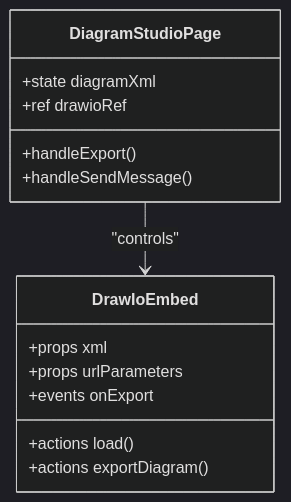
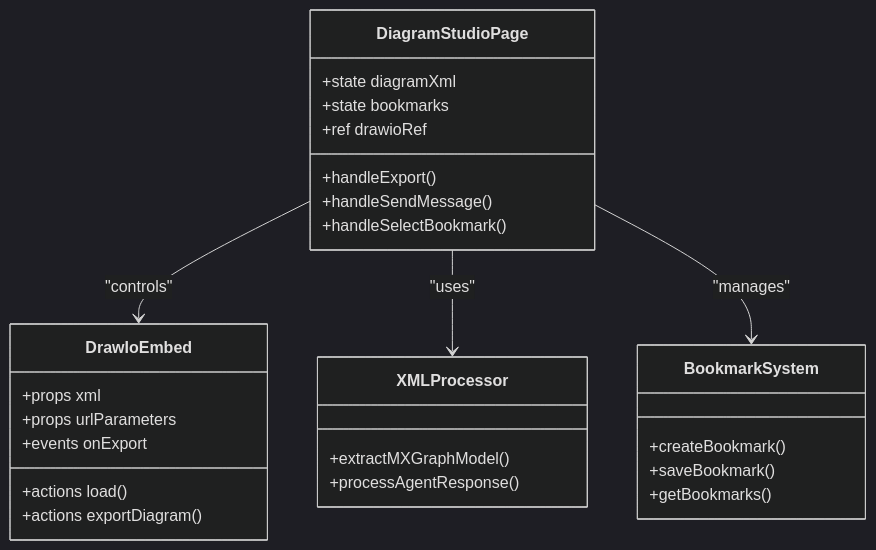
Before and after one commit to shrekboss/agent-draw-io-front: the tenth of 15 diagrams in .qoder/repowiki/en/content/Diagram Editor.md, drawn with Mermaid (dark theme). The commit also changed other lines of this file and 13 other files, not shown here.

Commit message:
feat(agent-draw-io-front): 优化交互式画图

````diff
--- a/.qoder/repowiki/en/content/Diagram Editor.md
+++ b/.qoder/repowiki/en/content/Diagram Editor.md
@@ -240,17 +506,30 @@
 ```mermaid
 classDiagram
 class DiagramStudioPage {
 +state diagramXml
++state bookmarks
 +ref drawioRef
 +handleExport()
 +handleSendMessage()
++handleSelectBookmark()
 }
 class DrawIoEmbed {
 +props xml
 +props urlParameters
 +events onExport
 +actions load()
 +actions exportDiagram()
 }
+class XMLProcessor {
++extractMXGraphModel()
++processAgentResponse()
+}
+class BookmarkSystem {
++createBookmark()
++saveBookmark()
++getBookmarks()
+}
 DiagramStudioPage --> DrawIoEmbed : "controls"
+DiagramStudioPage --> XMLProcessor : "uses"
+DiagramStudioPage --> BookmarkSystem : "manages"
 ```
````
